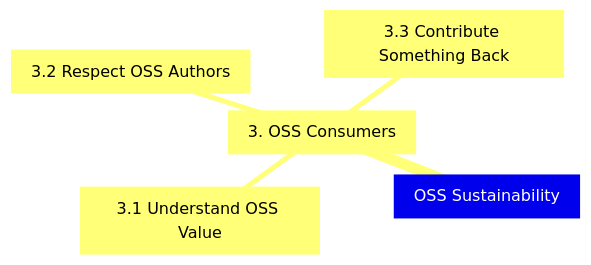
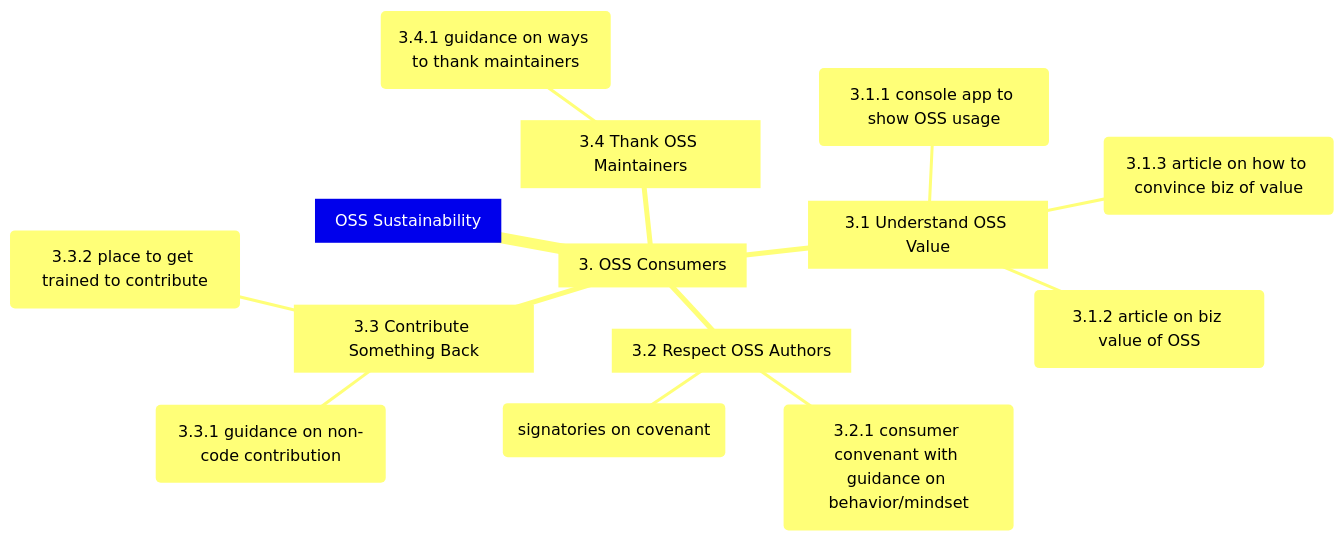
One commit to AWiderDotNET/home changed the third of 7 diagrams in README.md. Above: the diagram before and after it, drawn with Mermaid. The commit also changed other lines of this file, not shown here.

````diff
--- a/README.md
+++ b/README.md
@@ -50,8 +52,17 @@
 ```mermaid
 mindmap
   root[OSS Sustainability]
     3[3. OSS Consumers]
       3.1[3.1 Understand OSS Value]
+        3.1.1(3.1.1 console app to show OSS usage)
+        3.1.2(3.1.2 article on biz value of OSS)
+        3.1.3(3.1.3 article on how to convince biz of value)
       3.2[3.2 Respect OSS Authors]
+        3.2.1(3.2.1 consumer convenant with guidance on behavior/mindset)
+        3.2.2(signatories on covenant)
       3.3[3.3 Contribute Something Back]
+        3.3.1(3.3.1 guidance on non-code contribution)
+        3.3.2(3.3.2 place to get trained to contribute)
+      3.4[3.4 Thank OSS Maintainers]
+        3.4.1(3.4.1 guidance on ways to thank maintainers)
 ```
````
